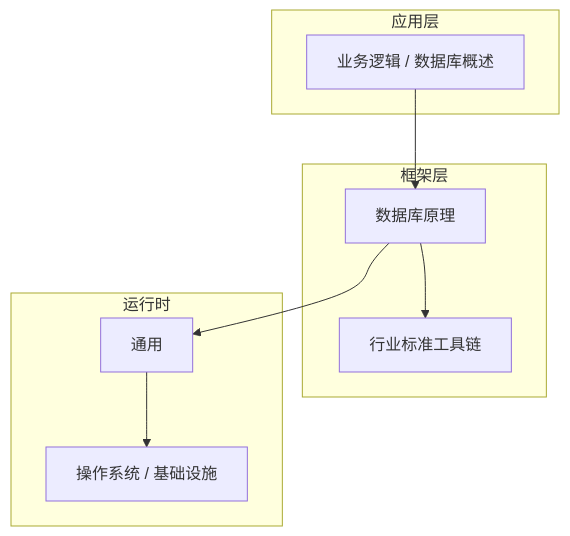
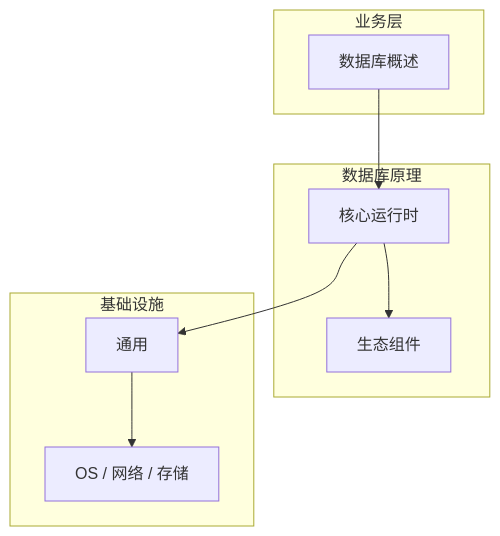
Before and after one commit to yanggan2015/knowledge-json-v2: the diagram in articles/数据库原理/chapters/001-数据库概述核心概念与原理.md, drawn with Mermaid. The commit also changed other lines of this file and 10127 other files, not shown here.

````diff
--- a/articles/数据库原理/chapters/001-数据库概述核心概念与原理.md
+++ b/articles/数据库原理/chapters/001-数据库概述核心概念与原理.md
@@ -45,18 +34,18 @@
 ```mermaid
 graph TB
-    subgraph 应用层
-        A[业务逻辑 / 数据库概述]
+    subgraph 业务层
+        A[数据库概述]
     end
-    subgraph 框架层
-        B[数据库原理]
-        C[行业标准工具链]
+    subgraph 数据库原理
+        B[核心运行时]
+        C[生态组件]
     end
-    subgraph 运行时
+    subgraph 基础设施
         D[通用]
-        E[操作系统 / 基础设施]
+        E[OS / 网络 / 存储]
     end
     A --> B
     B --> C
     B --> D
     D --> E
 ```
````
